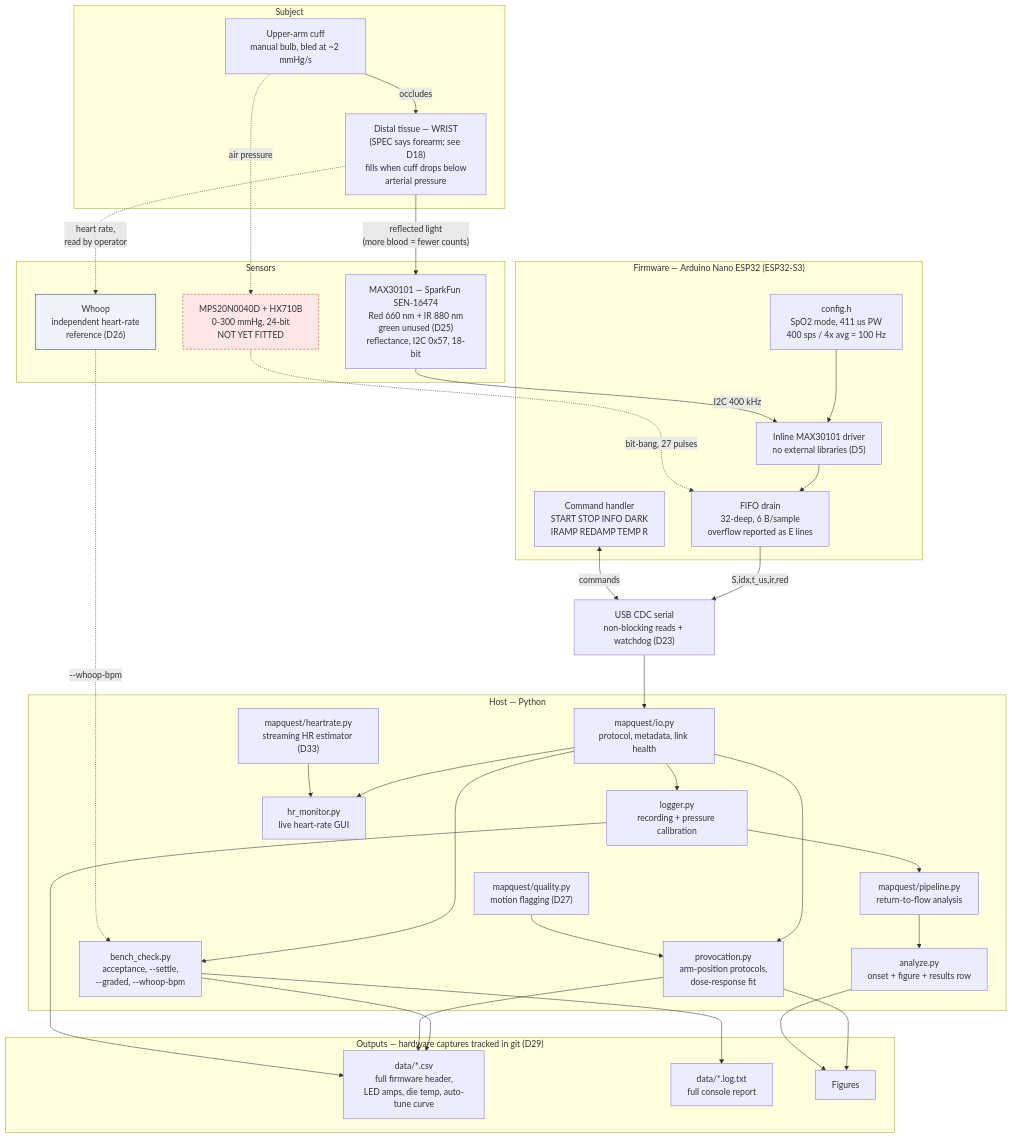
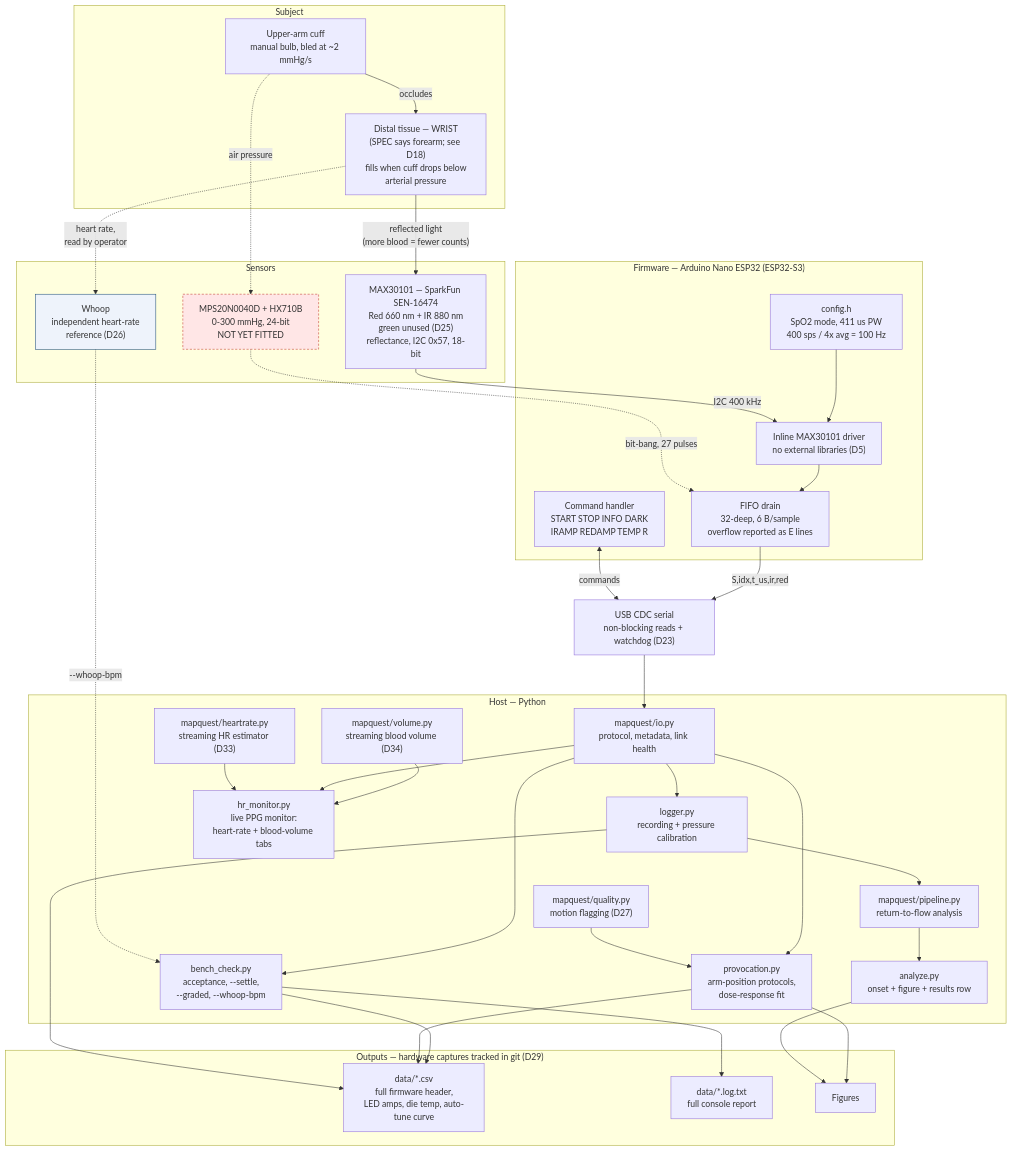
Before and after one commit to akkhilmorkonda/MAPQuest_PPG: the first of 9 diagrams in docs/architecture.md, drawn with Mermaid. The commit also changed other lines of this file and 6 other files, not shown here.

First line of the commit message:
Add blood-volume tab to the PPG monitor

````diff
--- a/docs/architecture.md
+++ b/docs/architecture.md
@@ -14,74 +14,76 @@
 ```mermaid
 flowchart TD
     subgraph SUBJECT["Subject"]
         CUFF["Upper-arm cuff<br/>manual bulb, bled at ~2 mmHg/s"]
         TISSUE["Distal tissue — WRIST<br/>(SPEC says forearm; see D18)<br/>fills when cuff drops below<br/>arterial pressure"]
         CUFF -->|occludes| TISSUE
     end
 
     subgraph SENSORS["Sensors"]
         MAX["MAX30101 — SparkFun SEN-16474<br/>Red 660 nm + IR 880 nm<br/>green unused (D25)<br/>reflectance, I2C 0x57, 18-bit"]
         HX["MPS20N0040D + HX710B<br/>0-300 mmHg, 24-bit<br/>NOT YET FITTED"]
         WHOOP["Whoop<br/>independent heart-rate<br/>reference (D26)"]
     end
 
     TISSUE -->|"reflected light<br/>(more blood = fewer counts)"| MAX
     CUFF -.->|air pressure| HX
     TISSUE -.->|"heart rate,<br/>read by operator"| WHOOP
 
     subgraph FW["Firmware — Arduino Nano ESP32 (ESP32-S3)"]
         CFG["config.h<br/>SpO2 mode, 411 us PW<br/>400 sps / 4x avg = 100 Hz"]
         DRV["Inline MAX30101 driver<br/>no external libraries (D5)"]
         FIFO["FIFO drain<br/>32-deep, 6 B/sample<br/>overflow reported as E lines"]
         CMD["Command handler<br/>START STOP INFO DARK<br/>IRAMP REDAMP TEMP R"]
         CFG --> DRV --> FIFO
     end
 
     MAX -->|I2C 400 kHz| DRV
     HX -.->|"bit-bang, 27 pulses"| FIFO
 
     FIFO -->|"S,idx,t_us,ir,red"| LINK
     CMD <-->|commands| LINK
     LINK["USB CDC serial<br/>non-blocking reads + watchdog (D23)"]
 
     subgraph HOST["Host — Python"]
         IO["mapquest/io.py<br/>protocol, metadata, link health"]
         QUAL["mapquest/quality.py<br/>motion flagging (D27)"]
         BENCH["bench_check.py<br/>acceptance, --settle,<br/>--graded, --whoop-bpm"]
         PROV["provocation.py<br/>arm-position protocols,<br/>dose-response fit"]
         LOG["logger.py<br/>recording + pressure calibration"]
         PIPE["mapquest/pipeline.py<br/>return-to-flow analysis"]
         ANA["analyze.py<br/>onset + figure + results row"]
         HRE["mapquest/heartrate.py<br/>streaming HR estimator (D33)"]
-        HRM["hr_monitor.py<br/>live heart-rate GUI"]
+        HRM["hr_monitor.py<br/>live PPG monitor:<br/>heart-rate + blood-volume tabs"]
+        VOLT["mapquest/volume.py<br/>streaming blood volume (D34)"]
+        VOLT --> HRM
         IO --> BENCH
         IO --> PROV
         IO --> LOG
         IO --> HRM
         HRE --> HRM
         QUAL --> PROV
         LOG --> PIPE
         PIPE --> ANA
     end
 
     LINK --> IO
     WHOOP -.->|"--whoop-bpm"| BENCH
 
     subgraph OUT["Outputs — hardware captures tracked in git (D29)"]
         CSV["data/*.csv<br/>full firmware header,<br/>LED amps, die temp, auto-tune curve"]
         LOGS["data/*.log.txt<br/>full console report"]
         PNG["Figures"]
     end
 
     BENCH --> CSV
     BENCH --> LOGS
     PROV --> CSV
     PROV --> PNG
     LOG --> CSV
     ANA --> PNG
 
     classDef missing fill:#ffe6e6,stroke:#c43b2f,stroke-dasharray:4 3
     classDef external fill:#eef3fb,stroke:#1f4e79
     class HX missing
     class WHOOP external
 ```
````
